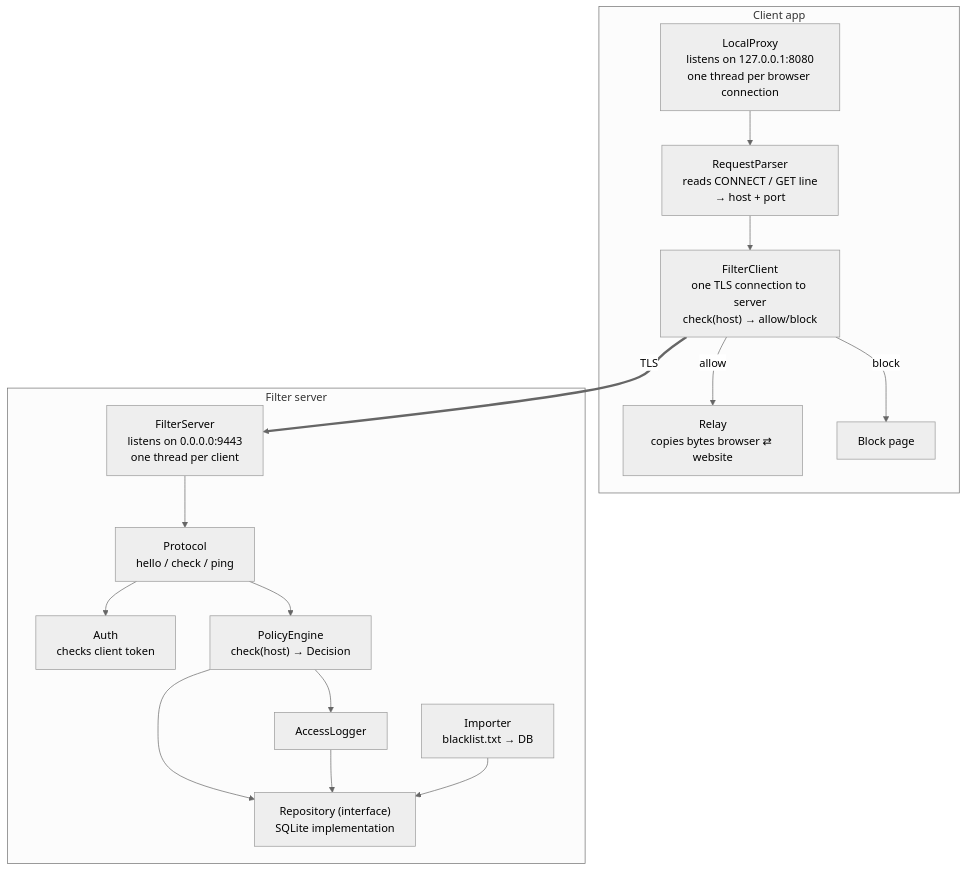
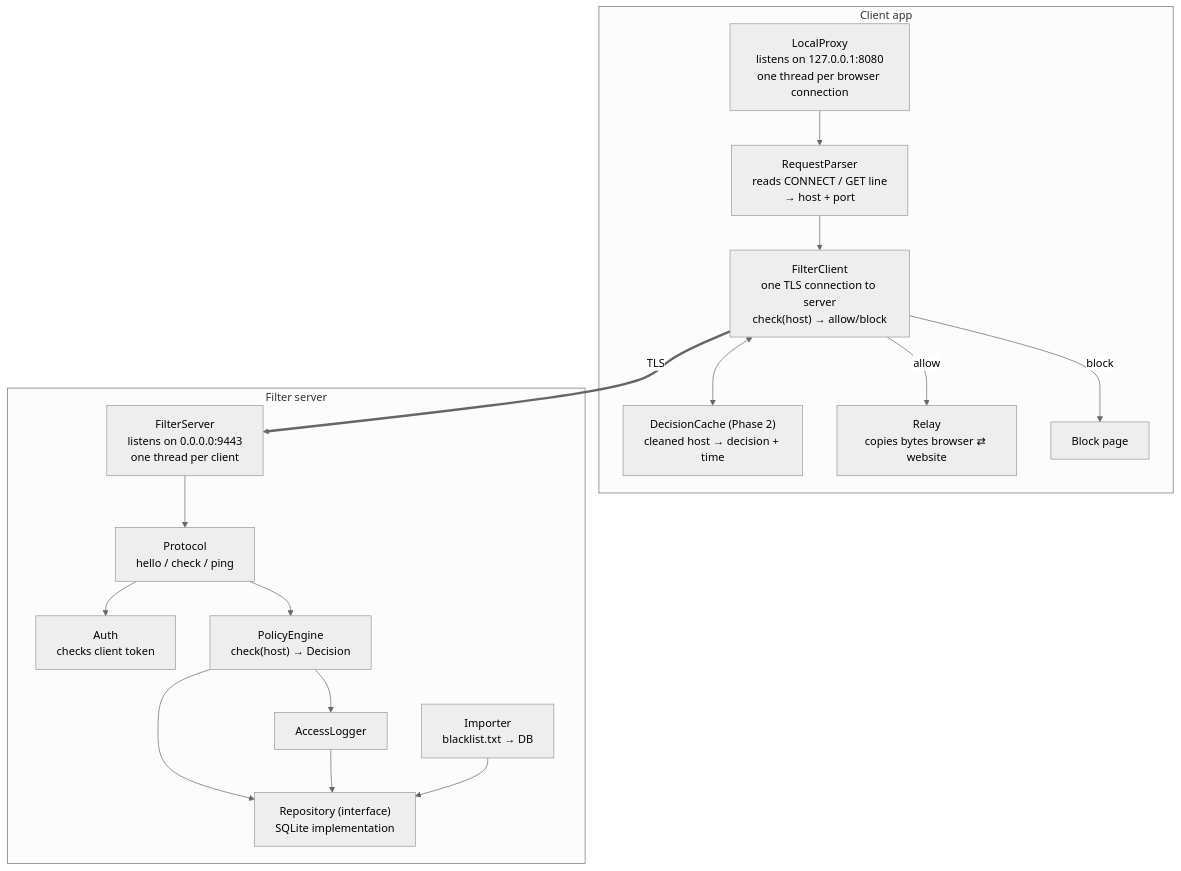
One commit to itamarimor2009/YearlyProject changed the third of 12 diagrams in docs/ARCHITECTURE.md. Above: the diagram before and after it, drawn with Mermaid (neutral theme). The commit also changed other lines of this file and 1 other file, not shown here.

First line of the commit message:
Phase 2 design: client cache and offline fallback (SHA-95)

````diff
--- a/docs/ARCHITECTURE.md
+++ b/docs/ARCHITECTURE.md
@@ -68,29 +68,31 @@
 ```mermaid
 flowchart TB
     subgraph CLIENT["Client app"]
         LP["LocalProxy<br/>listens on 127.0.0.1:8080<br/>one thread per browser connection"]
         RQ["RequestParser<br/>reads CONNECT / GET line<br/>→ host + port"]
         FC["FilterClient<br/>one TLS connection to server<br/>check(host) → allow/block"]
+        DC["DecisionCache (Phase 2)<br/>cleaned host → decision + time"]
         RL["Relay<br/>copies bytes browser ⇄ website"]
         BP["Block page"]
         LP --> RQ --> FC
+        FC <--> DC
         FC -- allow --> RL
         FC -- block --> BP
     end
 
     subgraph SERVER["Filter server"]
         TS["FilterServer<br/>listens on 0.0.0.0:9443<br/>one thread per client"]
         PR["Protocol<br/>hello / check / ping"]
         AU["Auth<br/>checks client token"]
         PE["PolicyEngine<br/>check(host) → Decision"]
         RP["Repository (interface)<br/>SQLite implementation"]
         LG["AccessLogger"]
         IM["Importer<br/>blacklist.txt → DB"]
         TS --> PR --> AU
         PR --> PE --> RP
         PE --> LG --> RP
         IM --> RP
     end
 
     FC == TLS ==> TS
 ```
````
